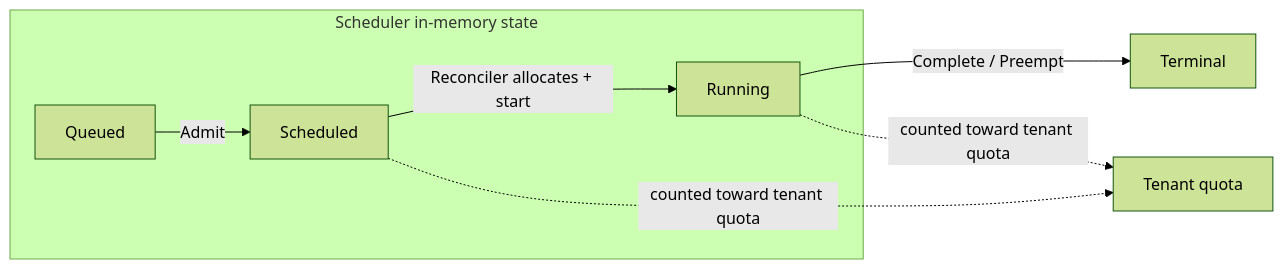
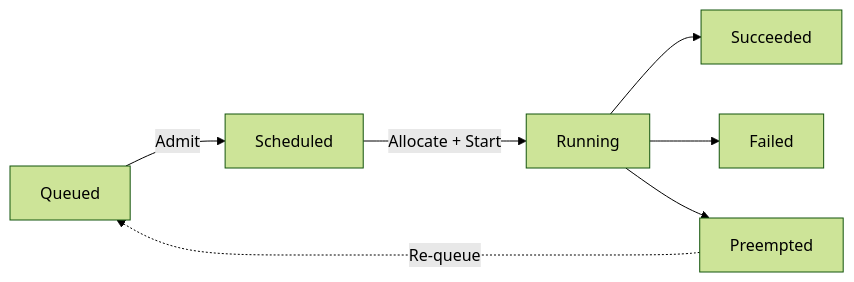
The second of 2 diagrams in README.md (ishanchopra90/GpuScheduler), drawn with Mermaid (forest theme) before and after one commit. The commit also changed other lines of this file and 71 other files, not shown here.

````diff
--- a/README.md
+++ b/README.md
@@ -133,13 +68,9 @@
 ```mermaid
 flowchart LR
-  subgraph SchedulerState["Scheduler in-memory state"]
-    Q[Queued]
-    S[Scheduled]
-    R[Running]
-  end
-  Q -->|"Admit"| S
-  S -->|"Reconciler allocates + start"| R
-  R -->|"Complete / Preempt"| Terminal[Terminal]
-  S -.->|"counted toward tenant quota"| Quota[Tenant quota]
-  R -.->|"counted toward tenant quota"| Quota
+  Q["Queued"] -->|Admit| S["Scheduled"]
+  S -->|Allocate + Start| R["Running"]
+  R --> Succ["Succeeded"]
+  R --> Fail["Failed"]
+  R --> Pre["Preempted"]
+  Pre -.->|Re-queue| Q
 ```
````
